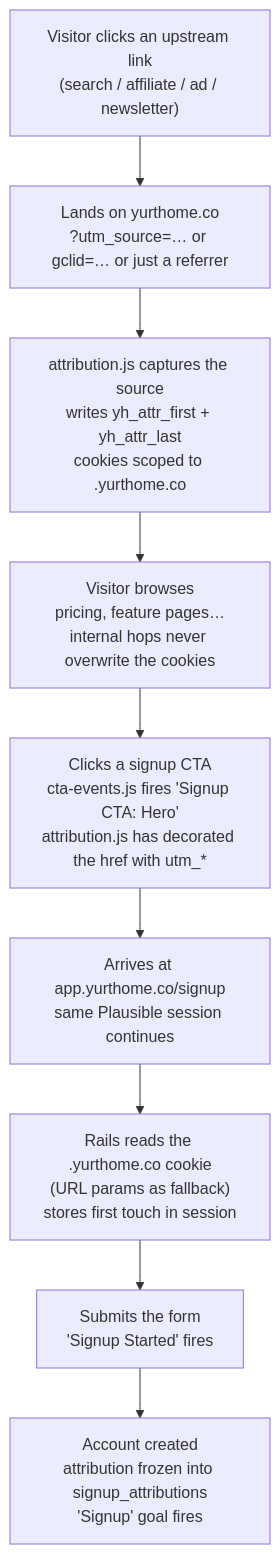
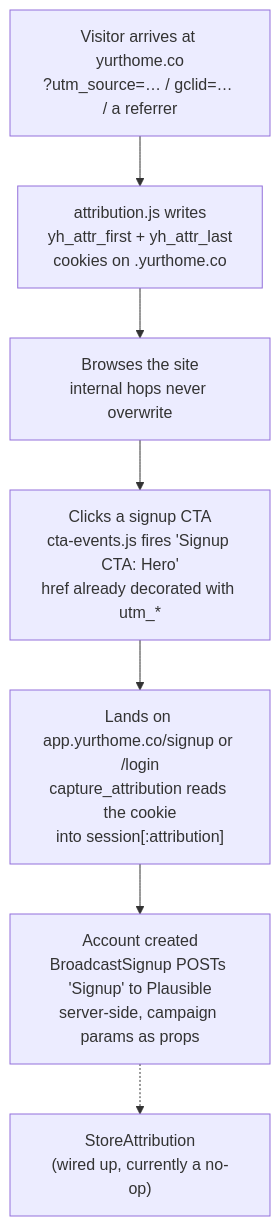
One commit to yurtapp/yurtapp.github.io changed the diagram in ATTRIBUTION.md. Above: the diagram before and after it, drawn with Mermaid. The commit also changed other lines of this file, not shown here.

````diff
--- a/ATTRIBUTION.md
+++ b/ATTRIBUTION.md
@@ -32,11 +32,9 @@
 ```mermaid
 flowchart TD
-    A["Visitor clicks an upstream link<br/>(search / affiliate / ad / newsletter)"] --> B["Lands on yurthome.co<br/>?utm_source=… or gclid=… or just a referrer"]
-    B --> C["attribution.js captures the source<br/>writes yh_attr_first + yh_attr_last<br/>cookies scoped to .yurthome.co"]
-    C --> D["Visitor browses<br/>pricing, feature pages…<br/>internal hops never overwrite the cookies"]
-    D --> E["Clicks a signup CTA<br/>cta-events.js fires 'Signup CTA: Hero'<br/>attribution.js has decorated the href with utm_*"]
-    E --> F["Arrives at app.yurthome.co/signup<br/>same Plausible session continues"]
-    F --> G["Rails reads the .yurthome.co cookie<br/>(URL params as fallback)<br/>stores first touch in session"]
-    G --> H["Submits the form<br/>'Signup Started' fires"]
-    H --> I["Account created<br/>attribution frozen into signup_attributions<br/>'Signup' goal fires"]
+    A["Visitor arrives at yurthome.co<br/>?utm_source=… / gclid=… / a referrer"] --> B["attribution.js writes<br/>yh_attr_first + yh_attr_last<br/>cookies on .yurthome.co"]
+    B --> C["Browses the site<br/>internal hops never overwrite"]
+    C --> D["Clicks a signup CTA<br/>cta-events.js fires 'Signup CTA: Hero'<br/>href already decorated with utm_*"]
+    D --> E["Lands on app.yurthome.co/signup or /login<br/>capture_attribution reads the cookie<br/>into session[:attribution]"]
+    E --> F["Account created<br/>BroadcastSignup POSTs 'Signup' to Plausible<br/>server-side, campaign params as props"]
+    F -.-> G["StoreAttribution<br/>(wired up, currently a no-op)"]
 ```
````
